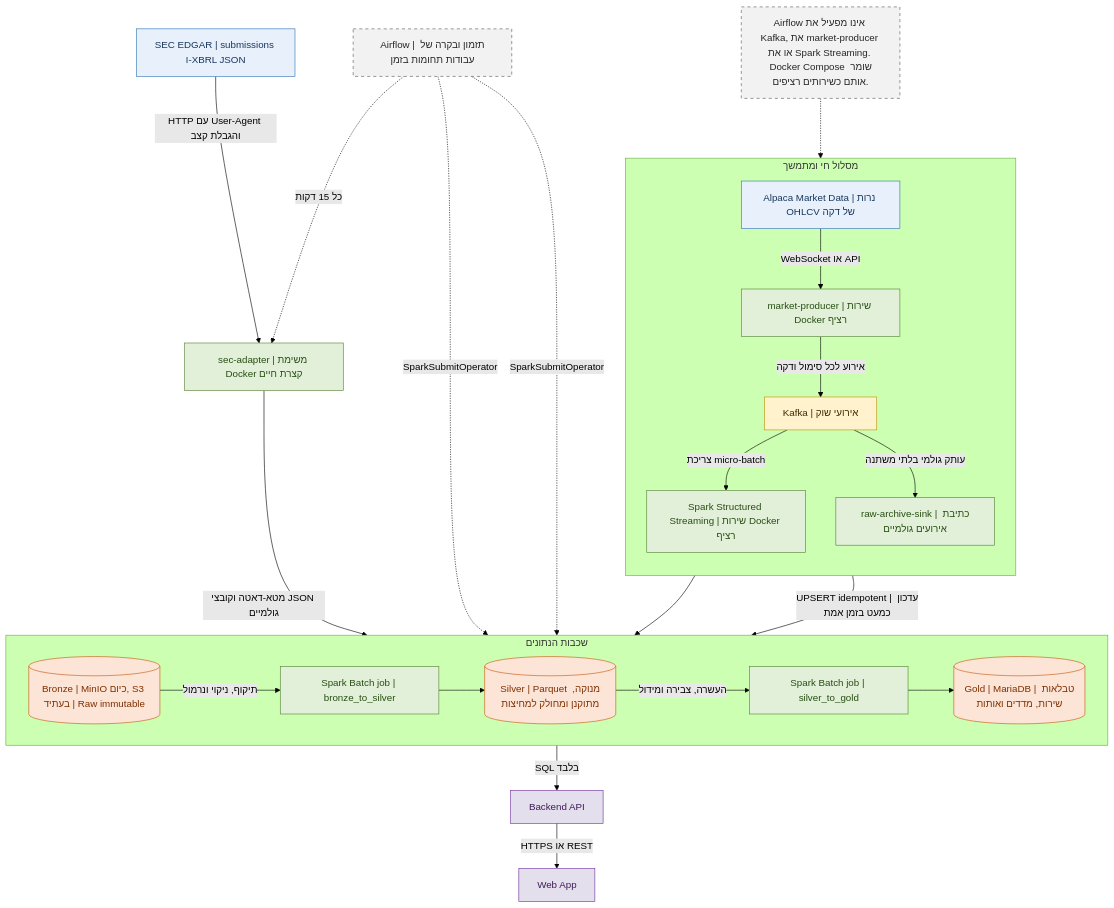
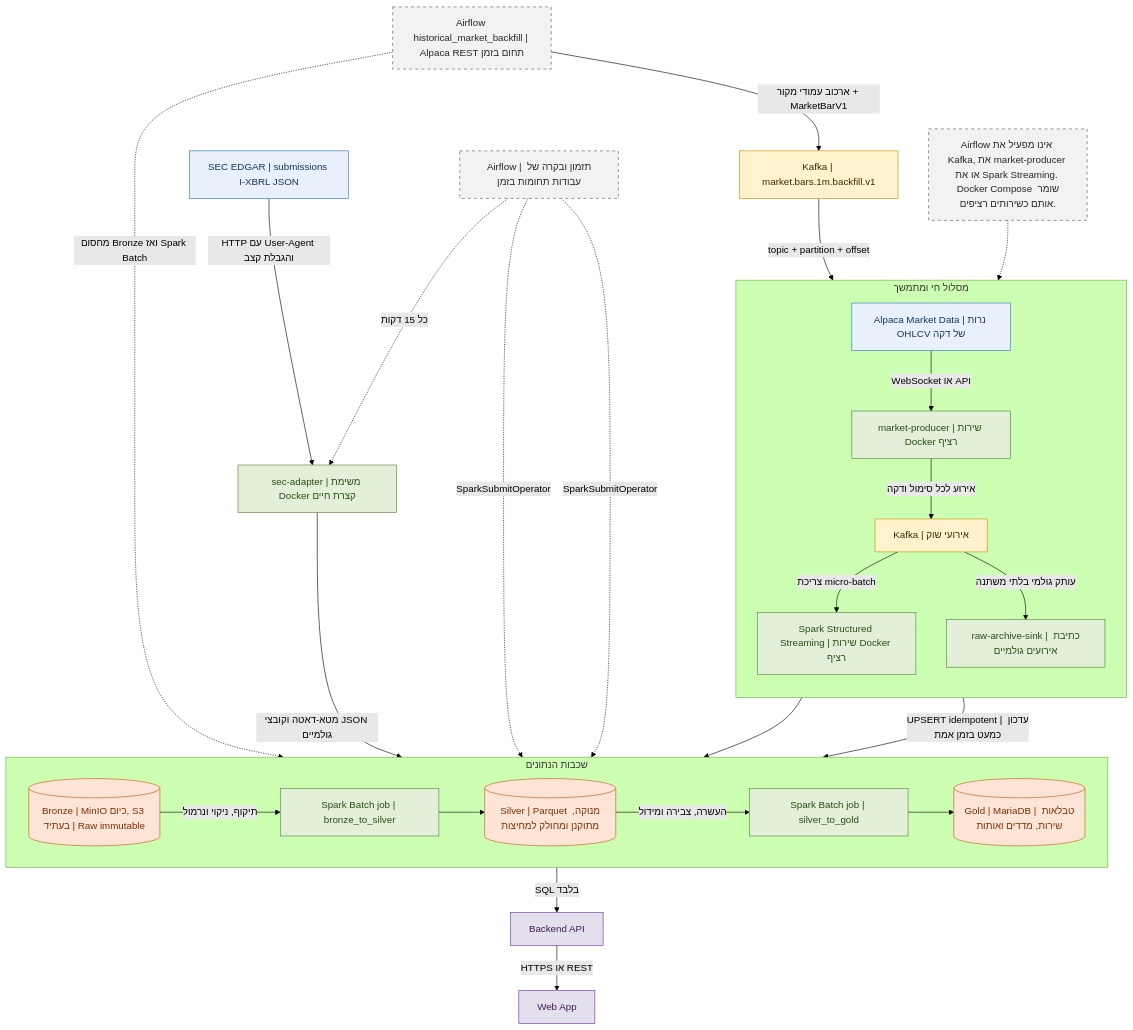
The diagram in docs/architecture/diagrams/marketpilot-data-flow.mmd (amihaygr/MarketPilot), drawn with Mermaid (forest theme) before and after one commit. The commit also changed 32 other files, not shown here.

Commit message:
add certified alpaca historical backfill

```diff
--- a/docs/architecture/diagrams/marketpilot-data-flow.mmd
+++ b/docs/architecture/diagrams/marketpilot-data-flow.mmd
@@ -1,59 +1,65 @@
 flowchart TB
     classDef source fill:#E8F1FB,stroke:#2E74B5,color:#17365D,stroke-width:1px
     classDef transport fill:#FFF2CC,stroke:#BF9000,color:#3F2A00,stroke-width:1px
     classDef compute fill:#E2F0D9,stroke:#548235,color:#274E13,stroke-width:1px
     classDef storage fill:#FCE4D6,stroke:#C65911,color:#7F3000,stroke-width:1px
     classDef serving fill:#E4DFEC,stroke:#7030A0,color:#3F1B59,stroke-width:1px
     classDef control fill:#F2F2F2,stroke:#595959,color:#262626,stroke-width:1px,stroke-dasharray:5 5
 
     subgraph LIVE["מסלול חי ומתמשך"]
         direction TB
         alpaca["Alpaca Market Data | נרות OHLCV של דקה"]
         producer["market-producer | שירות Docker רציף"]
         kafka["Kafka | אירועי שוק"]
         stream["Spark Structured Streaming | שירות Docker רציף"]
         rawsink["raw-archive-sink | כתיבת אירועים גולמיים"]
         alpaca -->|"WebSocket או API"| producer
         producer -->|"אירוע לכל סימול ודקה"| kafka
         kafka -->|"צריכת micro-batch"| stream
         kafka -->|"עותק גולמי בלתי משתנה"| rawsink
     end
 
     subgraph MEDALLION["שכבות הנתונים"]
         direction LR
         bronze[("Bronze | MinIO כיום, S3 בעתיד | Raw immutable")]
         b2sjob["Spark Batch job | bronze_to_silver"]
         silver[("Silver | Parquet מנוקה, מתוקנן ומחולק למחיצות")]
         s2gjob["Spark Batch job | silver_to_gold"]
         gold[("Gold | MariaDB | טבלאות שירות, מדדים ואותות")]
         bronze -->|"תיקוף, ניקוי ונרמול"| b2sjob --> silver
         silver -->|"העשרה, צבירה ומידול"| s2gjob --> gold
     end
 
     rawsink --> bronze
     stream -->|"UPSERT idempotent | עדכון כמעט בזמן אמת"| gold
 
+    historical["Airflow historical_market_backfill | Alpaca REST תחום בזמן"]
+    backfilltopic["Kafka | market.bars.1m.backfill.v1"]
+    historical -->|"ארכוב עמודי מקור + MarketBarV1"| backfilltopic
+    backfilltopic -->|"topic + partition + offset"| rawsink
+    historical -. "מחסום Bronze ואז Spark Batch" .-> b2sjob
+
     sec["SEC EDGAR | submissions ו-XBRL JSON"]
     secjob["sec-adapter | משימת Docker קצרת חיים"]
     sec -->|"HTTP עם User-Agent והגבלת קצב"| secjob
     secjob -->|"מטא-דאטה וקובצי JSON גולמיים"| bronze
 
     airflow["Airflow | תזמון ובקרה של עבודות תחומות בזמן"]
     airflow -. "כל 15 דקות" .-> secjob
     airflow -. "SparkSubmitOperator" .-> b2sjob
     airflow -. "SparkSubmitOperator" .-> s2gjob
 
     api["Backend API"]
     web["Web App"]
     gold -->|"SQL בלבד"| api
     api -->|"HTTPS או REST"| web
 
     note["Airflow אינו מפעיל את Kafka, את market-producer או את Spark Streaming. Docker Compose שומר אותם כשירותים רציפים."]
     note -.-> stream
 
     class alpaca,sec source
-    class kafka transport
+    class kafka,backfilltopic transport
     class producer,stream,rawsink,secjob,b2sjob,s2gjob compute
     class bronze,silver,gold storage
     class api,web serving
-    class airflow,note control
+    class airflow,historical,note control
```
